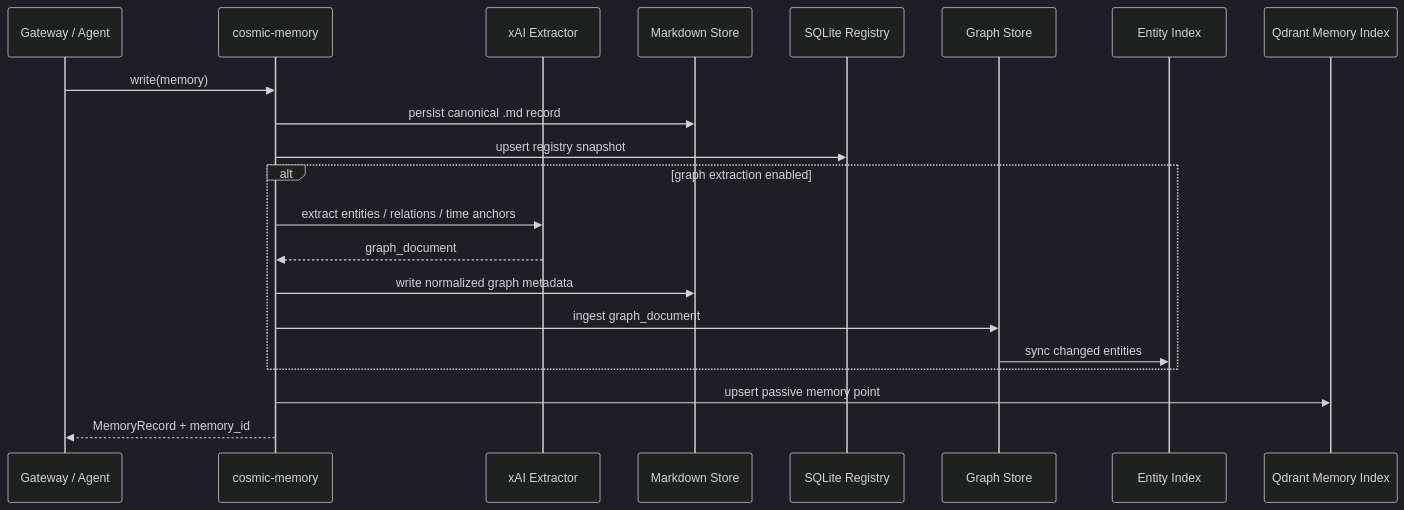
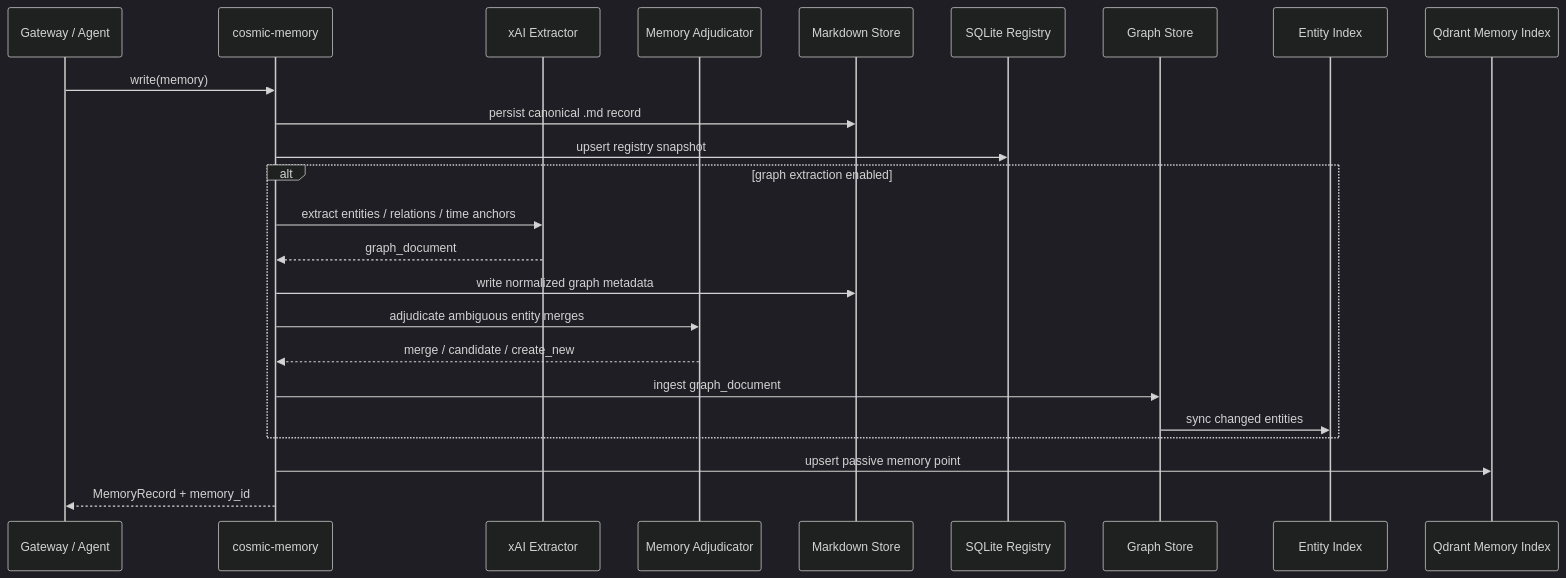
One commit to uspraveen/cosmic-memory changed the second of 3 diagrams in README.md. Above: the diagram before and after it, drawn with Mermaid (dark theme). The commit also changed other lines of this file and 9 other files, not shown here.

Commit message:
Add internal graph adjudication for memory writes

````diff
--- a/README.md
+++ b/README.md
@@ -76,24 +78,27 @@
 ```mermaid
 sequenceDiagram
     participant GW as Gateway / Agent
     participant CM as cosmic-memory
     participant X as xAI Extractor
+    participant A as Memory Adjudicator
     participant MD as Markdown Store
     participant REG as SQLite Registry
     participant G as Graph Store
     participant EI as Entity Index
     participant Q as Qdrant Memory Index
 
     GW->>CM: write(memory)
     CM->>MD: persist canonical .md record
     CM->>REG: upsert registry snapshot
     alt graph extraction enabled
         CM->>X: extract entities / relations / time anchors
         X-->>CM: graph_document
         CM->>MD: write normalized graph metadata
+        CM->>A: adjudicate ambiguous entity merges
+        A-->>CM: merge / candidate / create_new
         CM->>G: ingest graph_document
         G->>EI: sync changed entities
     end
     CM->>Q: upsert passive memory point
     CM-->>GW: MemoryRecord + memory_id
 ```
````
